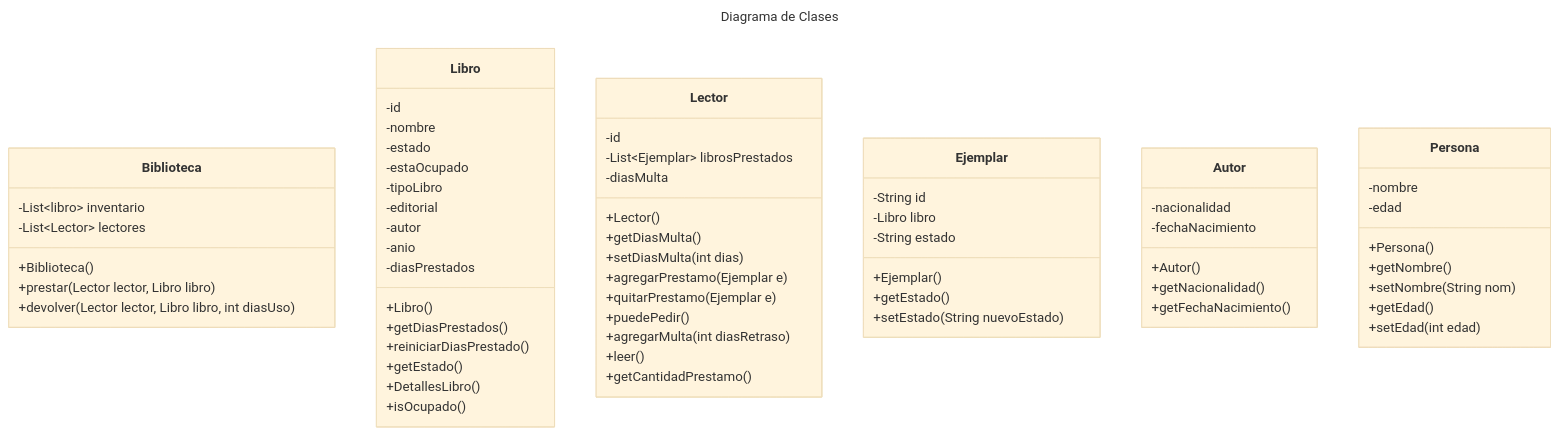
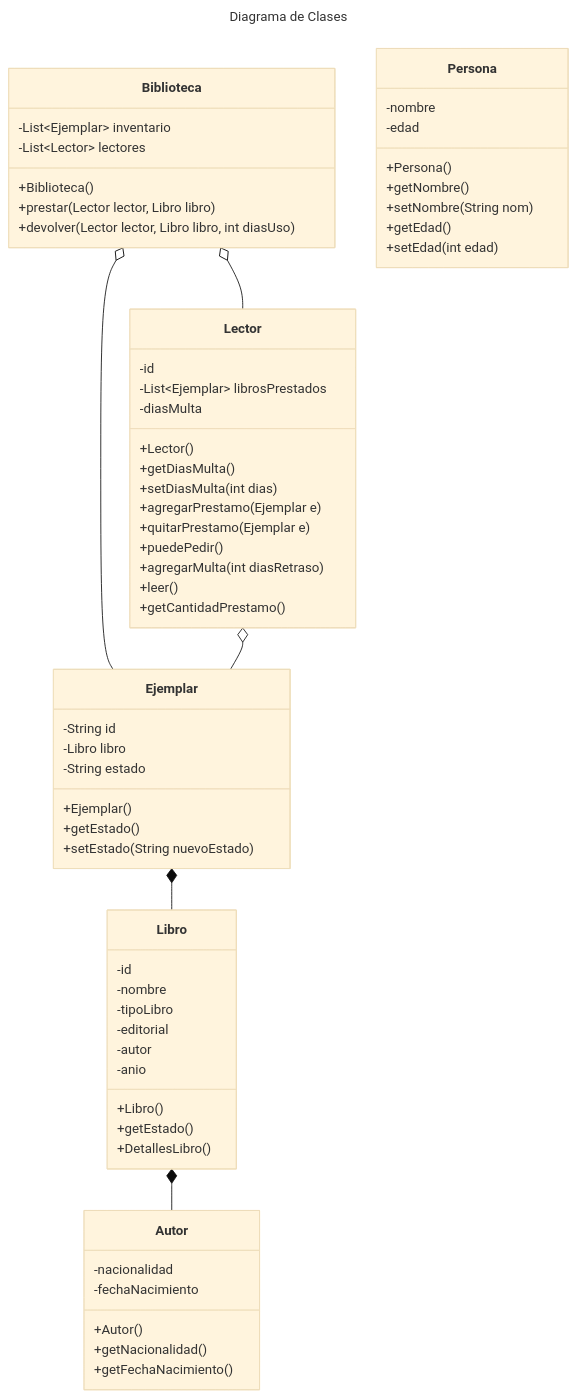
One commit to mauryci2/Jaime-Felix-POO-Base changed the diagram in README.md. Above: the diagram before and after it, drawn with Mermaid (base theme).

Commit message:
agregue relaciones
Updated class diagram in README to reflect changes in class relationships and attributes.

````diff
--- a/README.md
+++ b/README.md
@@ -7,70 +7,71 @@
 ```mermaid
 ---
 title: Diagrama de Clases
 ---
 classDiagram
+
+      Biblioteca o-- Ejemplar
+      Biblioteca o-- Lector
+      Ejemplar *-- Libro
+      Libro *-- Autor
+      Lector o-- Ejemplar
       class Biblioteca{
-            -List~libro~ inventario
+            -List~Ejemplar~ inventario
             -List~Lector~ lectores
             +Biblioteca()
             +prestar(Lector lector, Libro libro)
             +devolver(Lector lector, Libro libro, int diasUso)
             
       }
             
       class Libro{
             -id
             -nombre
-            -estado
-            -estaOcupado
             -tipoLibro
             -editorial
             -autor
             -anio
-            -diasPrestados
             +Libro()
-            +getDiasPrestados()
-            +reiniciarDiasPrestado()
             +getEstado()
             +DetallesLibro()
-            +isOcupado()
+            
       }
       class Lector{
             -id
             -List~Ejemplar~ librosPrestados
             -diasMulta
             +Lector()
             +getDiasMulta()
             +setDiasMulta(int dias)
             +agregarPrestamo(Ejemplar e)
             +quitarPrestamo(Ejemplar e)
             +puedePedir()
             +agregarMulta(int diasRetraso)
             +leer()
             +getCantidadPrestamo()
             }
       class Ejemplar {
             -String id
             -Libro libro
             -String estado
             +Ejemplar()
             +getEstado()
             +setEstado(String nuevoEstado)
       }
       class Autor{
             -nacionalidad
             -fechaNacimiento
             +Autor()
             +getNacionalidad()
             +getFechaNacimiento()
       }
       class Persona{
             -nombre
             -edad
             +Persona()
             +getNombre()
             +setNombre(String nom)
             +getEdad()
             +setEdad(int edad)
       }
 ```
````
